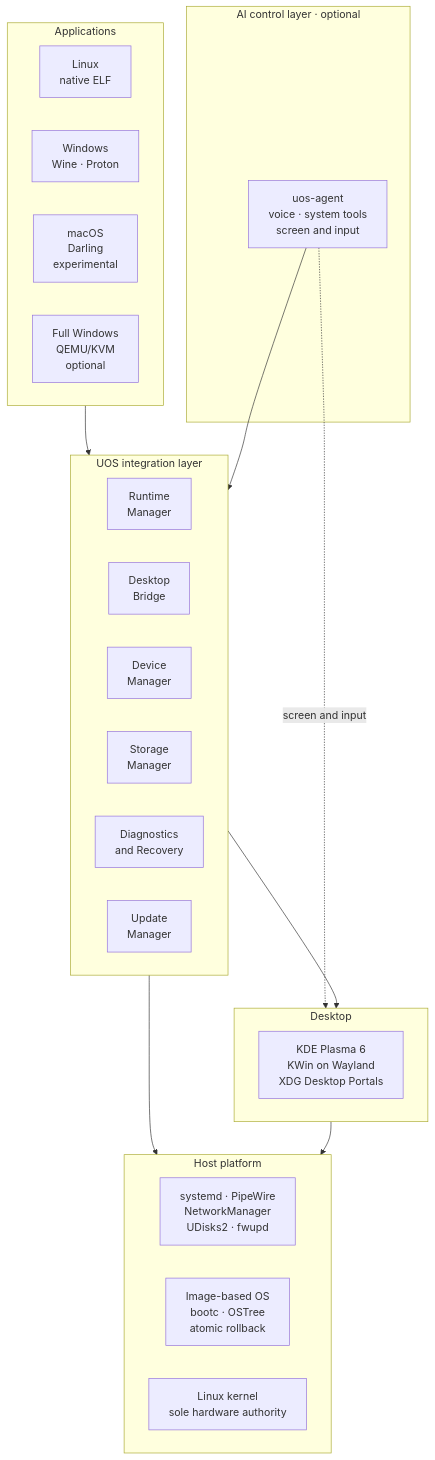
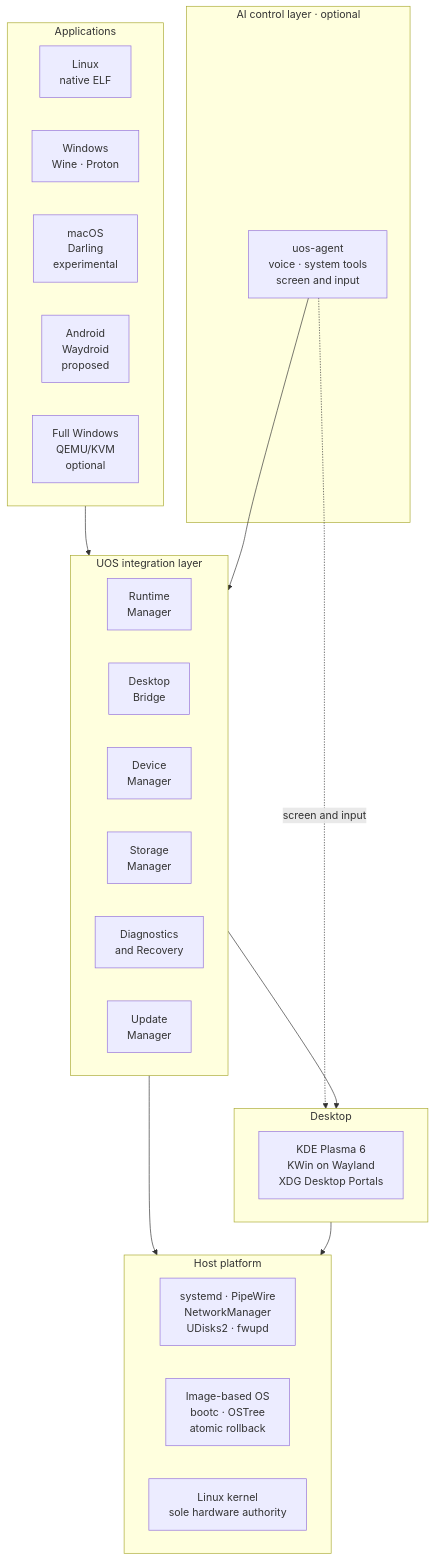
One commit to giorgiogiudice/TUR changed the diagram in README.md. Above: the diagram before and after it, drawn with Mermaid. The commit also changed other lines of this file and 3 other files, not shown here.

````diff
--- a/README.md
+++ b/README.md
@@ -111,42 +112,43 @@
 ```mermaid
 flowchart TB
     subgraph APPS["Applications"]
         direction LR
         L["Linux<br/>native ELF"]
         W["Windows<br/>Wine · Proton"]
         M["macOS<br/>Darling<br/>experimental"]
+        AN["Android<br/>Waydroid<br/>proposed"]
         V["Full Windows<br/>QEMU/KVM<br/>optional"]
     end
 
     subgraph AI["AI control layer · optional"]
         AG["uos-agent<br/>voice · system tools<br/>screen and input"]
     end
 
     subgraph UOS["UOS integration layer"]
         direction LR
         RT["Runtime<br/>Manager"]
         DB["Desktop<br/>Bridge"]
         DM["Device<br/>Manager"]
         SM["Storage<br/>Manager"]
         DG["Diagnostics<br/>and Recovery"]
         UP["Update<br/>Manager"]
     end
 
     subgraph DESK["Desktop"]
         K["KDE Plasma 6<br/>KWin on Wayland<br/>XDG Desktop Portals"]
     end
 
     subgraph HOST["Host platform"]
         direction LR
         S["systemd · PipeWire<br/>NetworkManager<br/>UDisks2 · fwupd"]
         I["Image-based OS<br/>bootc · OSTree<br/>atomic rollback"]
         KN["Linux kernel<br/>sole hardware authority"]
     end
 
     APPS --> UOS
     AG --> UOS
     AG -. "screen and input" .-> DESK
     UOS --> DESK
     UOS --> HOST
     DESK --> HOST
 ```
````
